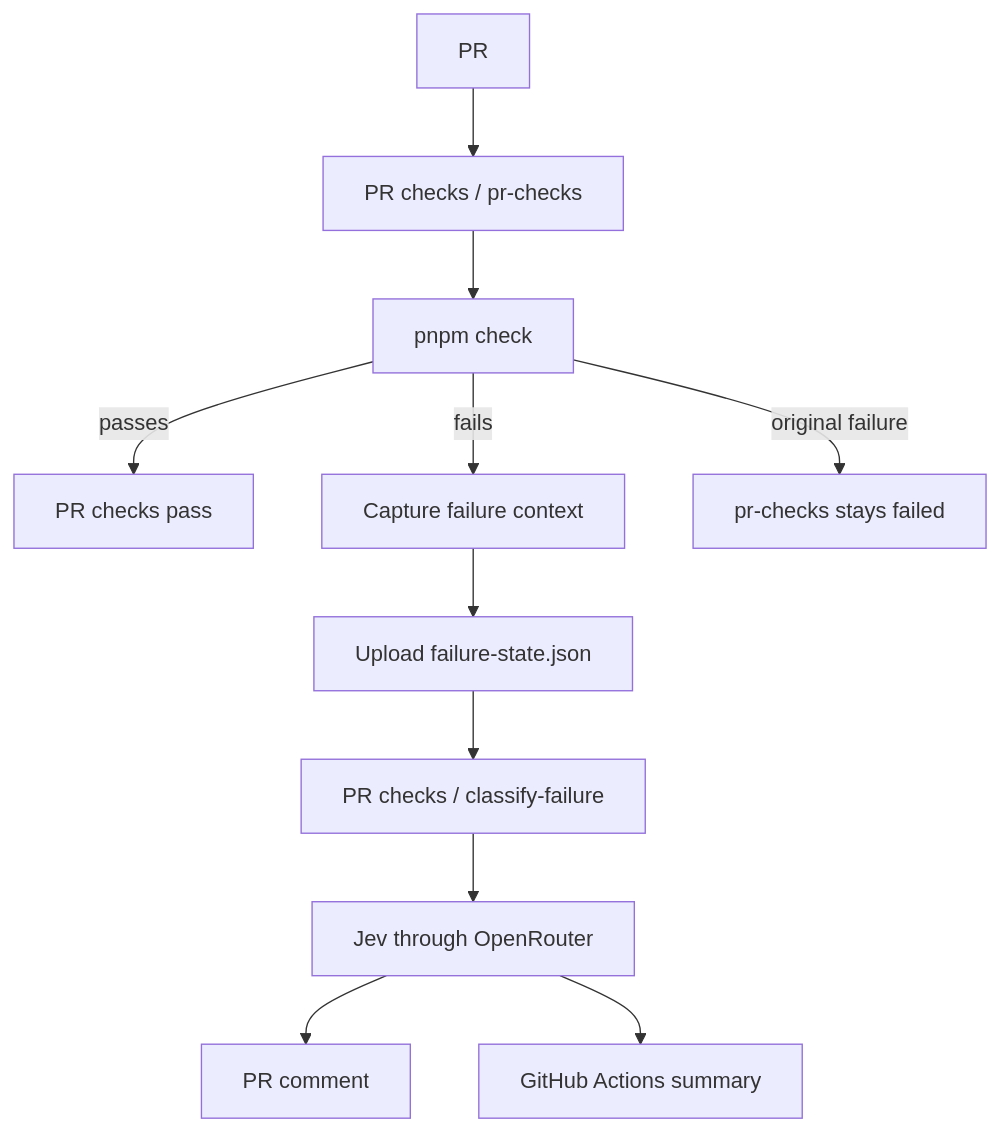
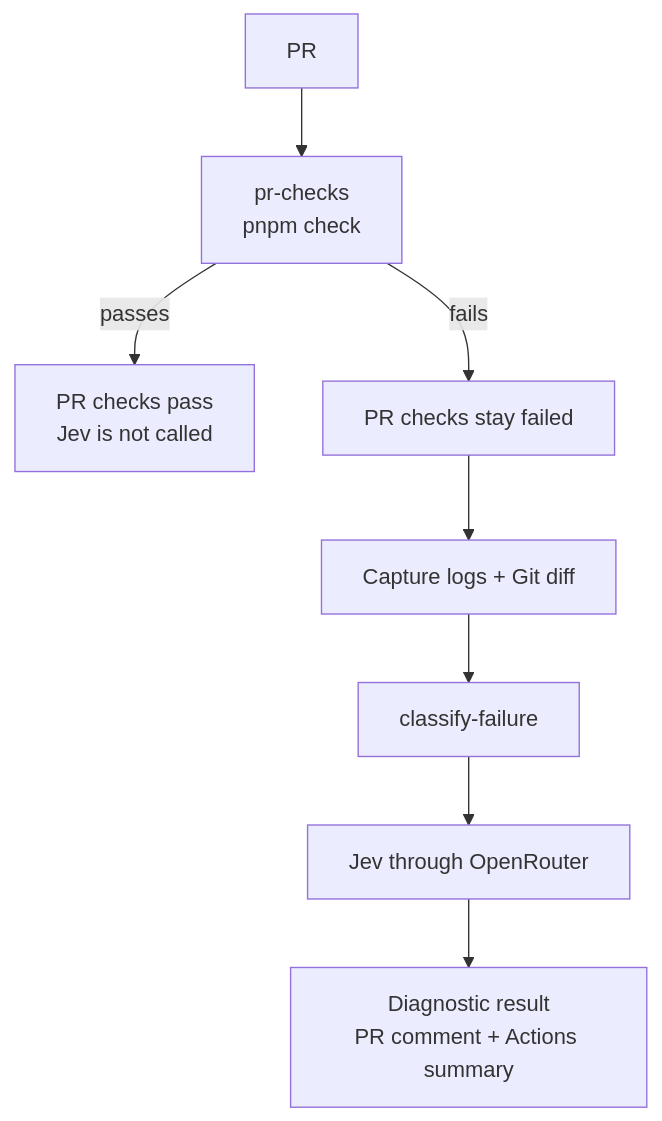
Before and after one commit to khaledsAlshibani/jev-ci-classifier: the second of 2 diagrams in README.md, drawn with Mermaid. The commit also changed other lines of this file, not shown here.

````diff
--- a/README.md
+++ b/README.md
@@ -208,16 +211,13 @@
 ```mermaid
 flowchart TD
-    A["PR"] --> B["PR checks / pr-checks"]
-    B --> C["pnpm check"]
+    A["PR"] --> B["pr-checks<br/>pnpm check"]
 
-    C -->|passes| D["PR checks pass"]
+    B -->|passes| C["PR checks pass<br/>Jev is not called"]
 
-    C -->|fails| E["Capture failure context"]
-    E --> F["Upload failure-state.json"]
-    F --> G["PR checks / classify-failure"]
-    G --> H["Jev through OpenRouter"]
-    H --> I["PR comment"]
-    H --> J["GitHub Actions summary"]
+    B -->|fails| D["PR checks stay failed"]
 
-    C -->|original failure| K["pr-checks stays failed"]
+    D --> E["Capture logs + Git diff"]
+    E --> F["classify-failure"]
+    F --> G["Jev through OpenRouter"]
+    G --> H["Diagnostic result<br/>PR comment + Actions summary"]
 ```
````
